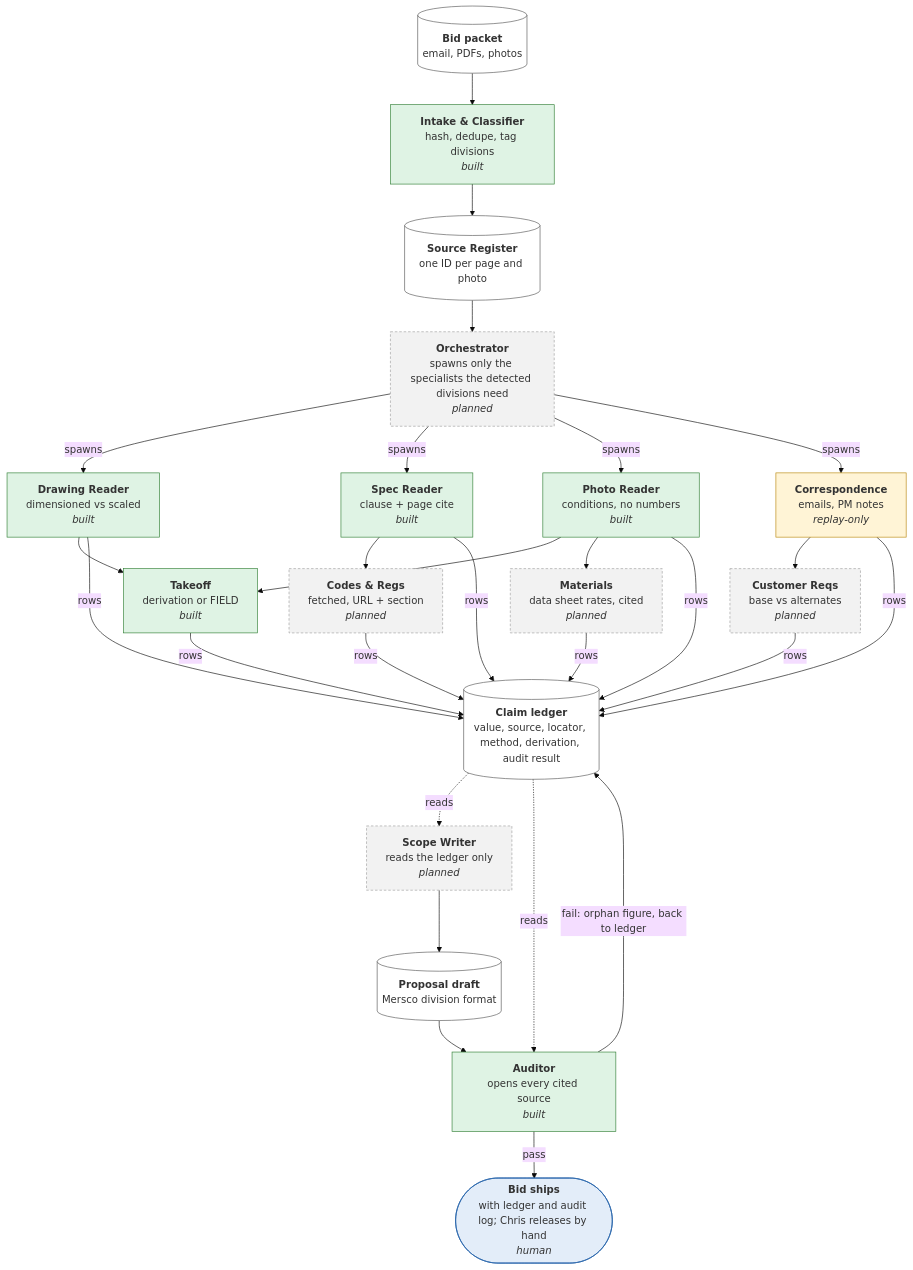
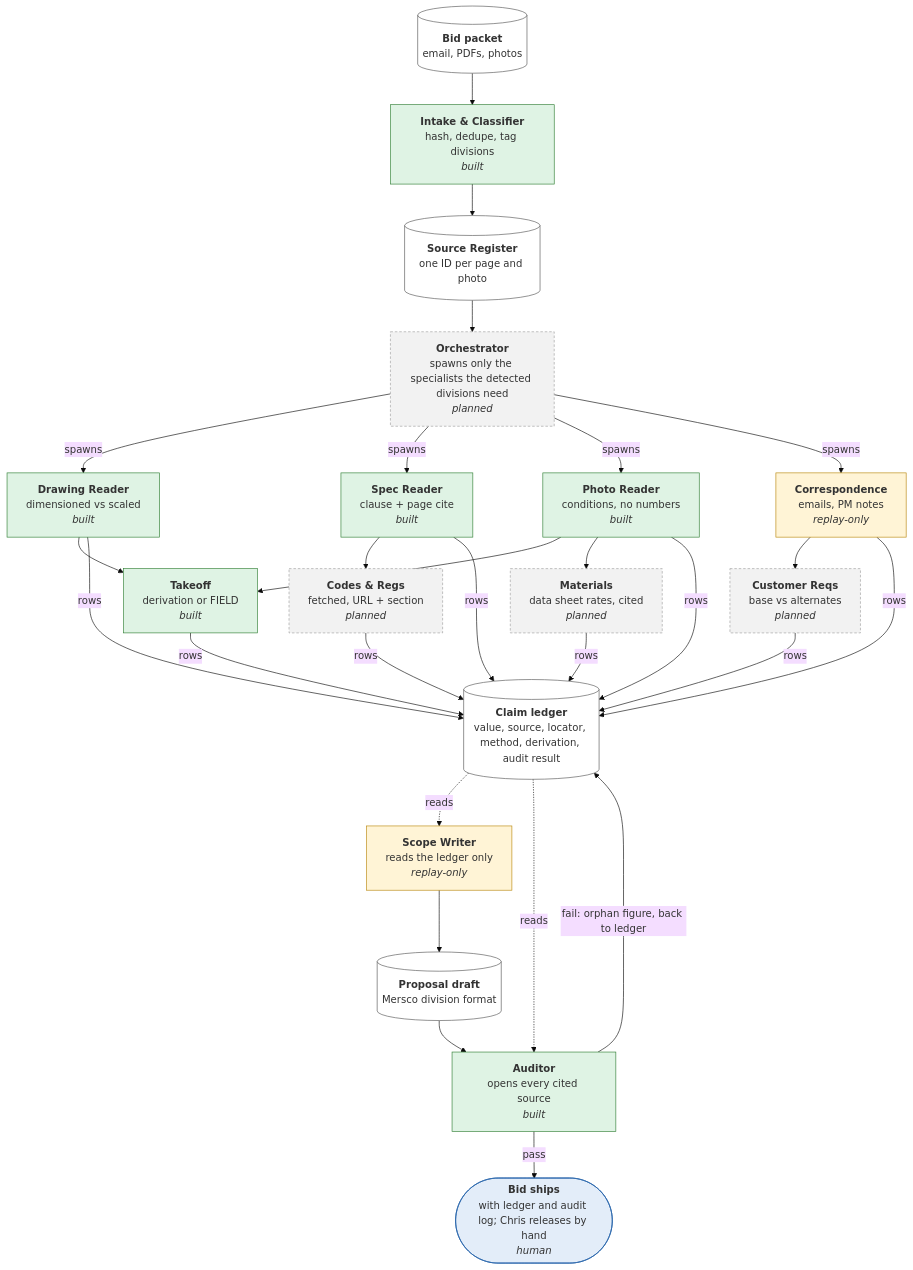
The diagram in docs/pipeline-dag.md (ScottyN000/ChrisBids), drawn with Mermaid (base theme) before and after one commit. The commit also changed other lines of this file and 14 other files, not shown here.

First line of the commit message:
Phase 3: Scope Writer lays out the proposal; code checks and renders it

````diff
--- a/docs/pipeline-dag.md
+++ b/docs/pipeline-dag.md
@@ -9,56 +9,56 @@
 ```mermaid
 flowchart TD
     packet[("<b>Bid packet</b><br/>email, PDFs, photos")]
     intake["<b>Intake & Classifier</b><br/>hash, dedupe, tag divisions<br/><i>built</i>"]
     register[("<b>Source Register</b><br/>one ID per page and photo")]
     orchestrator["<b>Orchestrator</b><br/>spawns only the specialists the detected divisions need<br/><i>planned</i>"]
     drawing["<b>Drawing Reader</b><br/>dimensioned vs scaled<br/><i>built</i>"]
     spec["<b>Spec Reader</b><br/>clause + page cite<br/><i>built</i>"]
     photo["<b>Photo Reader</b><br/>conditions, no numbers<br/><i>built</i>"]
     correspondence["<b>Correspondence</b><br/>emails, PM notes<br/><i>replay-only</i>"]
     takeoff["<b>Takeoff</b><br/>derivation or FIELD<br/><i>built</i>"]
     codes["<b>Codes & Regs</b><br/>fetched, URL + section<br/><i>planned</i>"]
     materials["<b>Materials</b><br/>data sheet rates, cited<br/><i>planned</i>"]
     customer["<b>Customer Reqs</b><br/>base vs alternates<br/><i>planned</i>"]
     ledger[("<b>Claim ledger</b><br/>value, source, locator, method, derivation, audit result")]
-    scope_writer["<b>Scope Writer</b><br/>reads the ledger only<br/><i>planned</i>"]
+    scope_writer["<b>Scope Writer</b><br/>reads the ledger only<br/><i>replay-only</i>"]
     draft[("<b>Proposal draft</b><br/>Mersco division format")]
     auditor["<b>Auditor</b><br/>opens every cited source<br/><i>built</i>"]
     ships(["<b>Bid ships</b><br/>with ledger and audit log; Chris releases by hand<br/><i>human</i>"])
     packet --> intake
     intake --> register
     register --> orchestrator
     orchestrator -->|spawns| drawing
     orchestrator -->|spawns| spec
     orchestrator -->|spawns| photo
     orchestrator -->|spawns| correspondence
     drawing --> takeoff
     photo --> takeoff
     spec --> codes
     photo --> materials
     correspondence --> customer
     drawing -->|rows| ledger
     spec -->|rows| ledger
     photo -->|rows| ledger
     correspondence -->|rows| ledger
     takeoff -->|rows| ledger
     codes -->|rows| ledger
     materials -->|rows| ledger
     customer -->|rows| ledger
     ledger -.->|reads| scope_writer
     scope_writer --> draft
     draft --> auditor
     ledger -.->|reads| auditor
     auditor -->|fail: orphan figure, back to ledger| ledger
     auditor -->|pass| ships
     classDef built fill:#dff3e4,stroke:#2e7d32
     classDef replay fill:#fff4d6,stroke:#b8860b
     classDef planned fill:#f2f2f2,stroke:#9e9e9e,stroke-dasharray: 4 3
     classDef human fill:#e3edf9,stroke:#1f5fa8
     classDef data fill:#ffffff,stroke:#555
     class intake,drawing,spec,photo,takeoff,auditor built
-    class correspondence replay
-    class orchestrator,codes,materials,customer,scope_writer planned
+    class correspondence,scope_writer replay
+    class orchestrator,codes,materials,customer planned
     class ships human
     class packet,register,ledger,draft data
 ```
````
